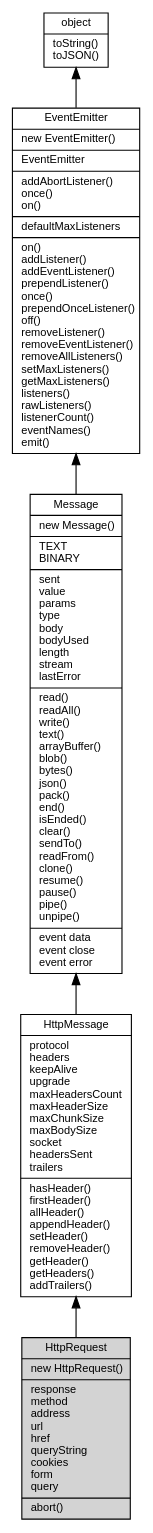
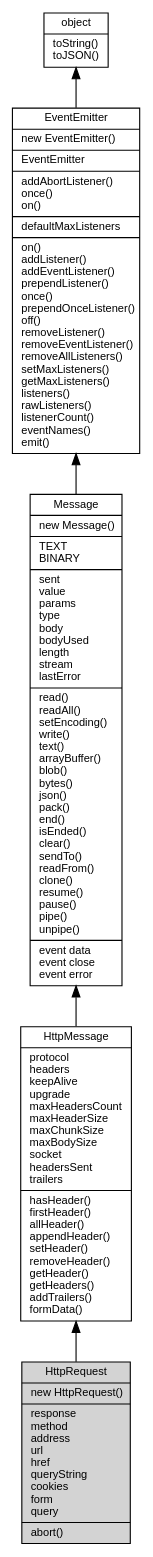
The diagram in docs/manual/object/ifs/HttpRequest.md (fibjs/fibjs.org), drawn with Graphviz before and after one commit. The commit also changed other lines of this file and 241 other files, not shown here.

````diff
--- a/docs/manual/object/ifs/HttpRequest.md
+++ b/docs/manual/object/ifs/HttpRequest.md
@@ -26,16 +122,16 @@
 ```dot
 digraph {
     node [fontname="Helvetica,sans-Serif", fontsize=10, shape="record", style="filled", fillcolor="white"];
 
     object [tooltip="object", URL="object.md", label="{object|toString()\ltoJSON()\l}"];
     EventEmitter [tooltip="EventEmitter", URL="EventEmitter.md", label="{EventEmitter|new EventEmitter()\l|EventEmitter\l|addAbortListener()\lonce()\lon()\l|defaultMaxListeners\l|on()\laddListener()\laddEventListener()\lprependListener()\lonce()\lprependOnceListener()\loff()\lremoveListener()\lremoveEventListener()\lremoveAllListeners()\lsetMaxListeners()\lgetMaxListeners()\llisteners()\lrawListeners()\llistenerCount()\leventNames()\lemit()\l}"];
-    Message [tooltip="Message", URL="Message.md", label="{Message|new Message()\l|TEXT\lBINARY\l|sent\lvalue\lparams\ltype\lbody\lbodyUsed\llength\lstream\llastError\l|read()\lreadAll()\lwrite()\ltext()\larrayBuffer()\lblob()\lbytes()\ljson()\lpack()\lend()\lisEnded()\lclear()\lsendTo()\lreadFrom()\lclone()\lresume()\lpause()\lpipe()\lunpipe()\l|event data\levent close\levent error\l}"];
-    HttpMessage [tooltip="HttpMessage", URL="HttpMessage.md", label="{HttpMessage|protocol\lheaders\lkeepAlive\lupgrade\lmaxHeadersCount\lmaxHeaderSize\lmaxChunkSize\lmaxBodySize\lsocket\lheadersSent\ltrailers\l|hasHeader()\lfirstHeader()\lallHeader()\lappendHeader()\lsetHeader()\lremoveHeader()\lgetHeader()\lgetHeaders()\laddTrailers()\l}"];
+    Message [tooltip="Message", URL="Message.md", label="{Message|new Message()\l|TEXT\lBINARY\l|sent\lvalue\lparams\ltype\lbody\lbodyUsed\llength\lstream\llastError\l|read()\lreadAll()\lsetEncoding()\lwrite()\ltext()\larrayBuffer()\lblob()\lbytes()\ljson()\lpack()\lend()\lisEnded()\lclear()\lsendTo()\lreadFrom()\lclone()\lresume()\lpause()\lpipe()\lunpipe()\l|event data\levent close\levent error\l}"];
+    HttpMessage [tooltip="HttpMessage", URL="HttpMessage.md", label="{HttpMessage|protocol\lheaders\lkeepAlive\lupgrade\lmaxHeadersCount\lmaxHeaderSize\lmaxChunkSize\lmaxBodySize\lsocket\lheadersSent\ltrailers\l|hasHeader()\lfirstHeader()\lallHeader()\lappendHeader()\lsetHeader()\lremoveHeader()\lgetHeader()\lgetHeaders()\laddTrailers()\lformData()\l}"];
     HttpRequest [tooltip="HttpRequest", fillcolor="lightgray", id="me", label="{HttpRequest|new HttpRequest()\l|response\lmethod\laddress\lurl\lhref\lqueryString\lcookies\lform\lquery\l|abort()\l}"];
 
     object -> EventEmitter [dir=back];
     EventEmitter -> Message [dir=back];
     Message -> HttpMessage [dir=back];
     HttpMessage -> HttpRequest [dir=back];
 }
 ```
````
